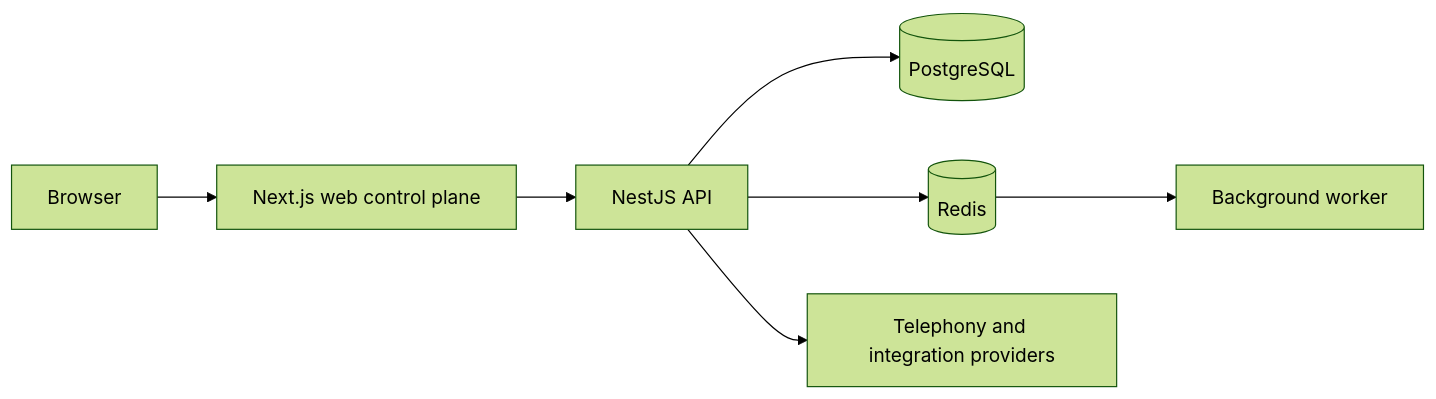
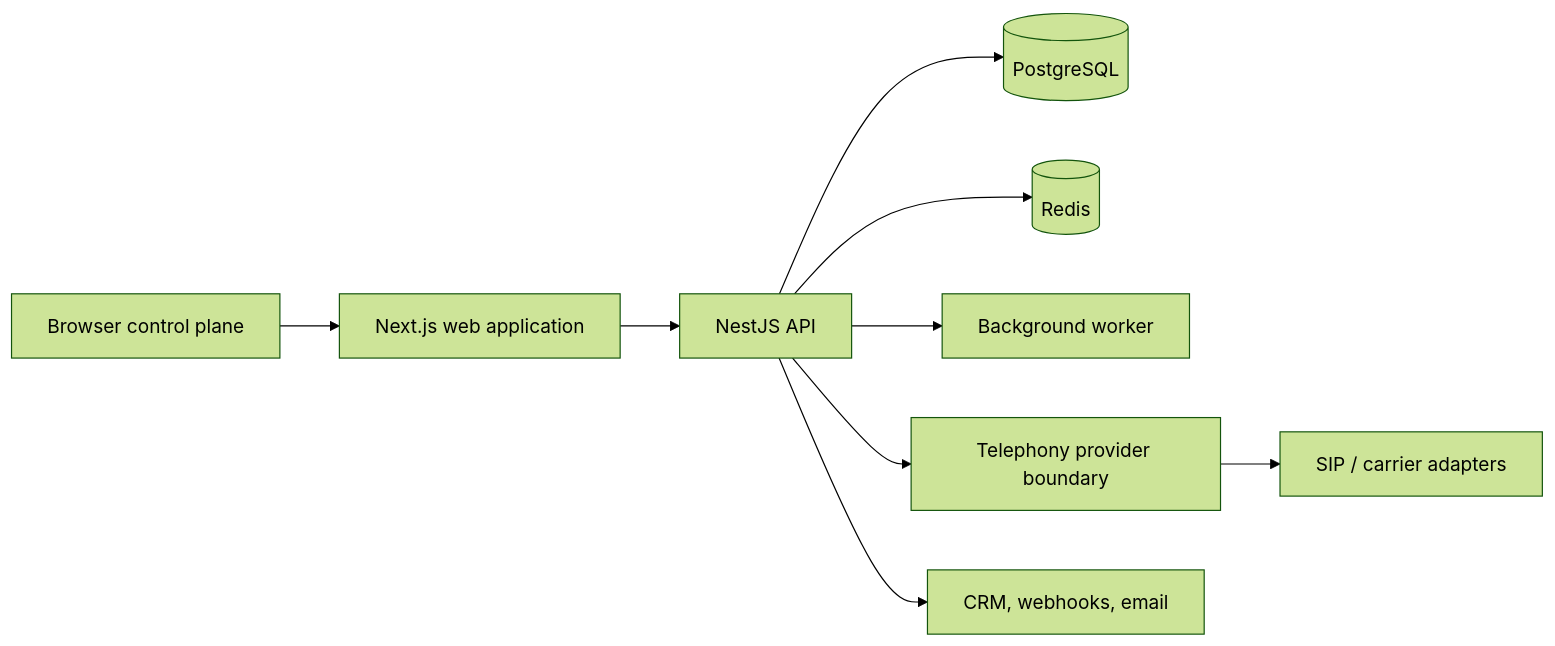
Before and after one commit to ulasmango-cmd/atlascall-portfolio: the diagram in README.md, drawn with Mermaid (forest theme). The commit also changed other lines of this file, not shown here.

Commit message:
Rewrite portfolio README with screenshots, architecture and ownership

````diff
--- a/README.md
+++ b/README.md
@@ -40,9 +95,11 @@
 ```mermaid
 flowchart LR
-    Browser --> Web[Next.js web control plane]
+    Browser[Browser control plane] --> Web[Next.js web application]
     Web --> API[NestJS API]
     API --> DB[(PostgreSQL)]
     API --> Redis[(Redis)]
-    Redis --> Worker[Background worker]
-    API --> Providers[Telephony and integration providers]
+    API --> Worker[Background worker]
+    API --> Telephony[Telephony provider boundary]
+    Telephony --> SIP[SIP / carrier adapters]
+    API --> Integrations[CRM, webhooks, email]
 ```
````
